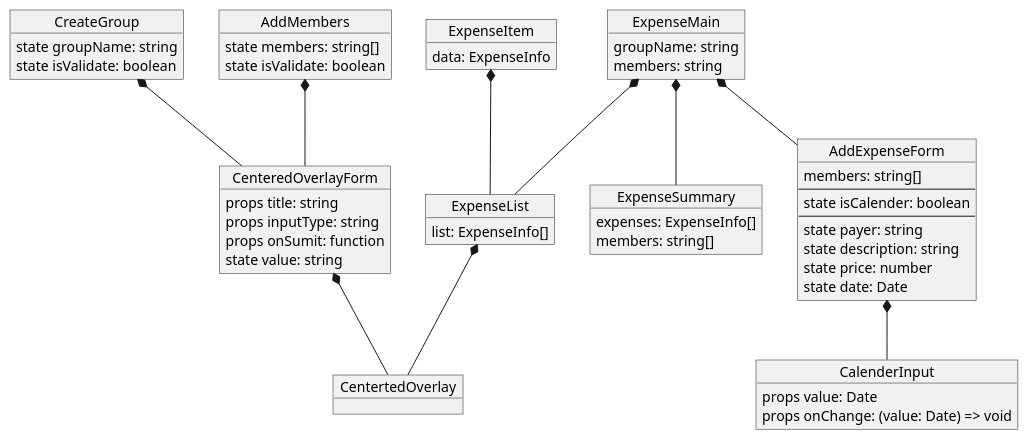
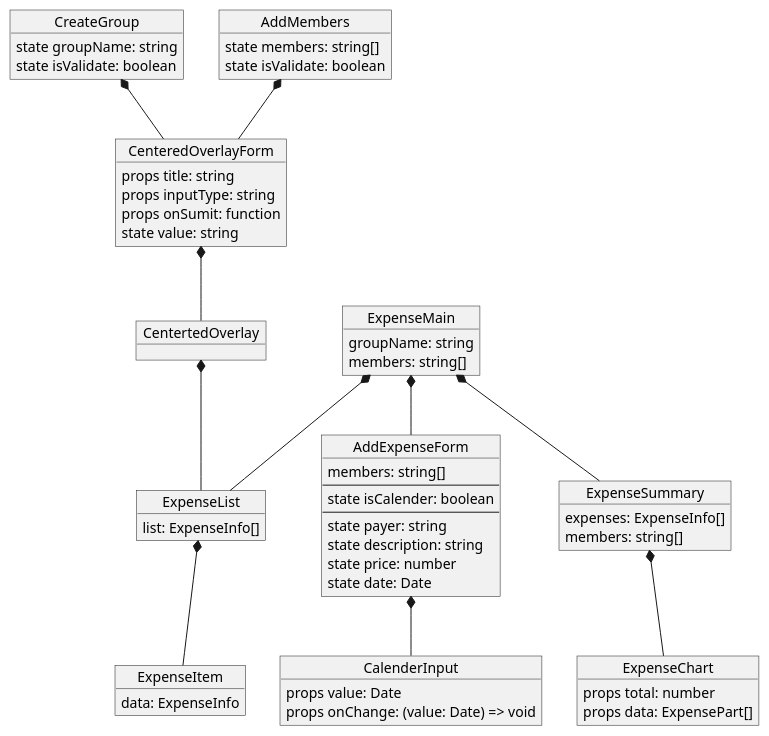
The diagram in docs/react_diagram.plantuml (Sunset-Kim/dutchpay-app), drawn with PlantUML before and after one commit.

Commit message:
doc: react component diagram

```diff
--- a/docs/react_diagram.plantuml
+++ b/docs/react_diagram.plantuml
@@ -1,69 +1,76 @@
 @startuml react component
 
 object CreateGroup {
   state groupName: string
   state isValidate: boolean
 }
 object AddMembers {
   state members: string[]
   state isValidate: boolean
 }
 object ExpenseMain {
   groupName: string
-  members: string
-
-  'TODO: state
+  members: string[]
 }
 
 object CenteredOverlayForm {
   props title: string
   props inputType: string
   props onSumit: function
 
   state value: string
 }
 
 object CentertedOverlay
 
 
 object AddExpenseForm {
   members: string[]
   ---
   state isCalender: boolean
   --- 
   state payer: string
   state description: string
   state price: number
   state date: Date
 }
+
 object ExpenseSummary {
   expenses: ExpenseInfo[]
   members: string[]
 }
+
+object ExpenseChart {
+  props total: number
+  props data: ExpensePart[]
+}
+
+
 object ExpenseList {
   list: ExpenseInfo[]
 }
 
 object ExpenseItem {
   data: ExpenseInfo
 }
 
 object CalenderInput {
   props value: Date
   props onChange: (value: Date) => void
 }
 
 CenteredOverlayForm *-- CentertedOverlay
 CreateGroup *-- CenteredOverlayForm
 AddMembers *-- CenteredOverlayForm
 
 ExpenseMain *-- AddExpenseForm
-ExpenseMain *-- ExpenseSummary
-ExpenseMain *-- ExpenseList
-
 AddExpenseForm *-- CalenderInput
 
-ExpenseList *-- CentertedOverlay
+ExpenseMain *-- ExpenseSummary
+ExpenseSummary *-- ExpenseChart
 
-ExpenseItem *-- ExpenseList
+ExpenseMain *-- ExpenseList
+CentertedOverlay *-- ExpenseList
+ExpenseList *-- ExpenseItem
+
 @enduml
```
